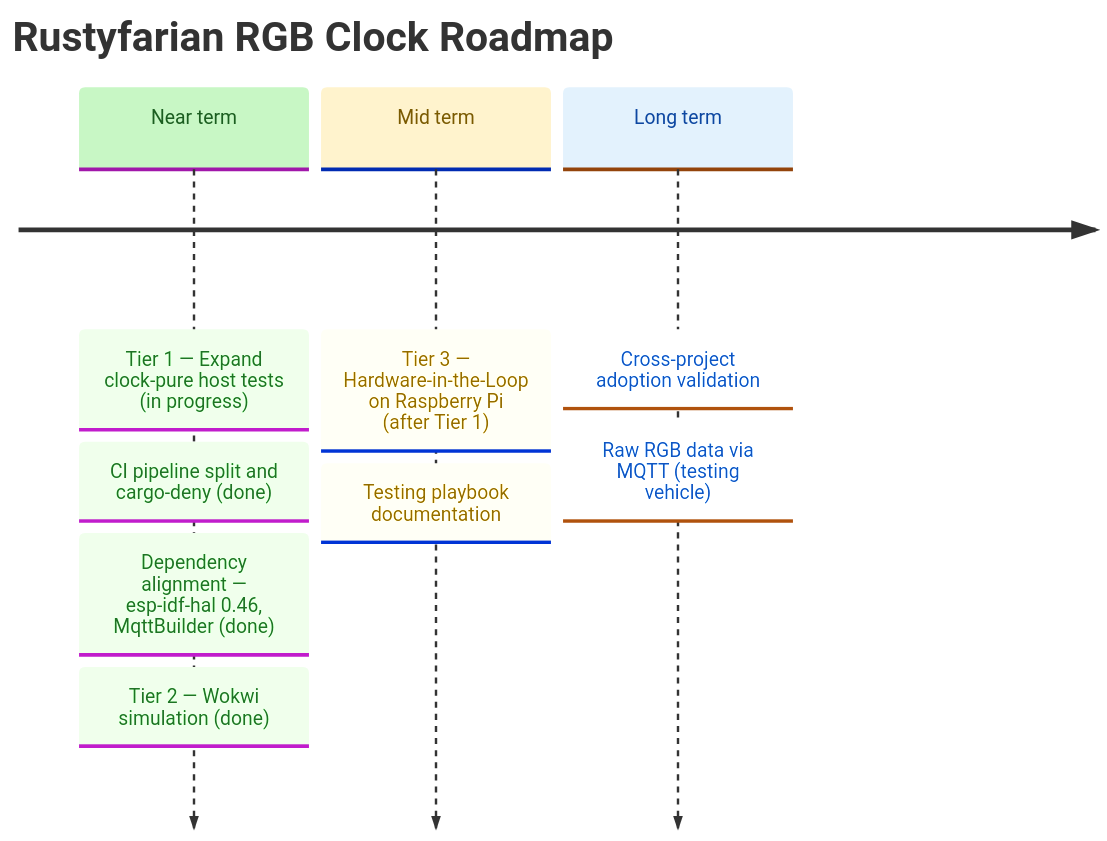
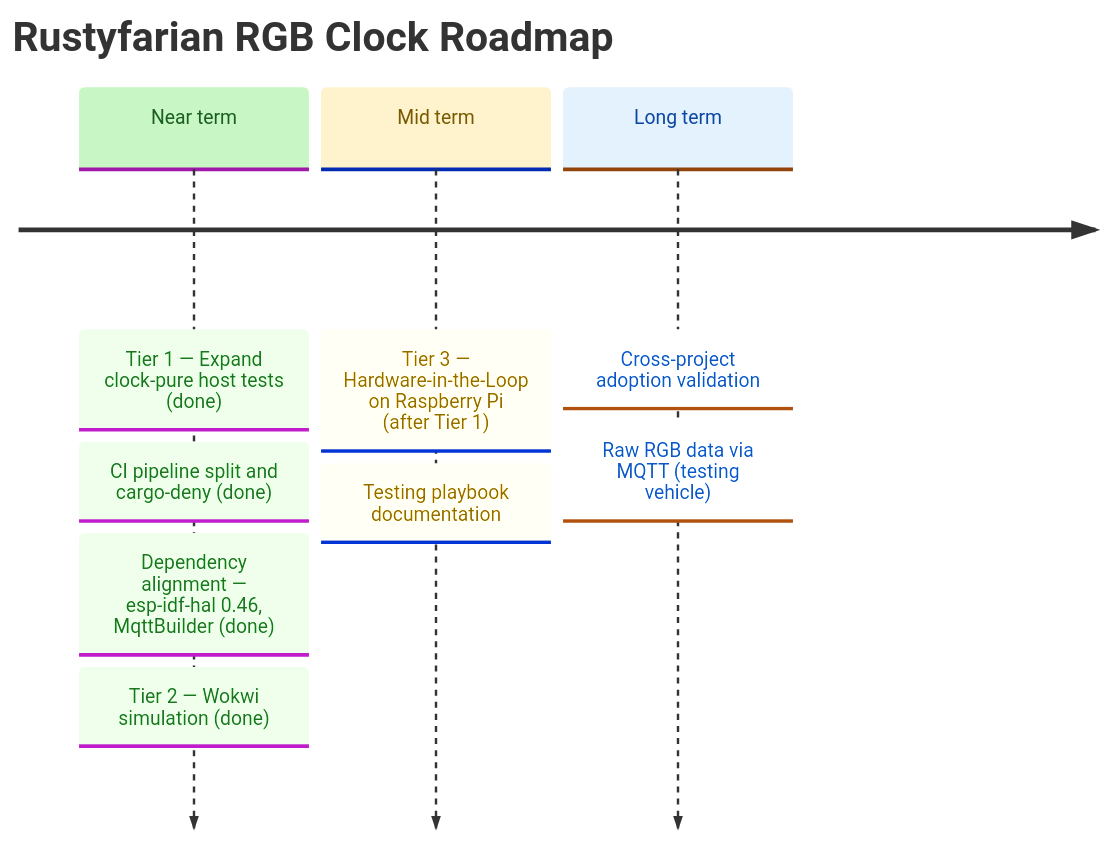
One commit to datenkollektiv/rustyfarian-rgb-clock changed the diagram in docs/ROADMAP.md. Above: the diagram before and after it, drawn with Mermaid. The commit also changed 4 other files, not shown here.

Commit message:
Expand unit tests for color blending and edge cases

````diff
--- a/docs/ROADMAP.md
+++ b/docs/ROADMAP.md
@@ -10,27 +10,27 @@
 ```mermaid
 %%{init: {
   "theme": "base",
   "themeVariables": {
     "cScale0": "#c8f7c5",
     "cScaleLabel0": "#1b5e20",
     "cScale1": "#fff3cd",
     "cScaleLabel1": "#7a5a00",
     "cScale2": "#e3f2fd",
     "cScaleLabel2": "#0d47a1"
   }
 }}%%
 
 timeline
     title Rustyfarian RGB Clock Roadmap
 
-    Near term : Tier 1 — Expand clock-pure host tests (in progress)
+    Near term : Tier 1 — Expand clock-pure host tests (done)
               : CI pipeline split and cargo-deny (done)
               : Dependency alignment — esp-idf-hal 0.46, MqttBuilder (done)
               : Tier 2 — Wokwi simulation (done)
 
     Mid term  : Tier 3 — Hardware-in-the-Loop on Raspberry Pi (after Tier 1)
               : Testing playbook documentation
 
     Long term : Cross-project adoption validation
               : Raw RGB data via MQTT (testing vehicle)
 ```
````
